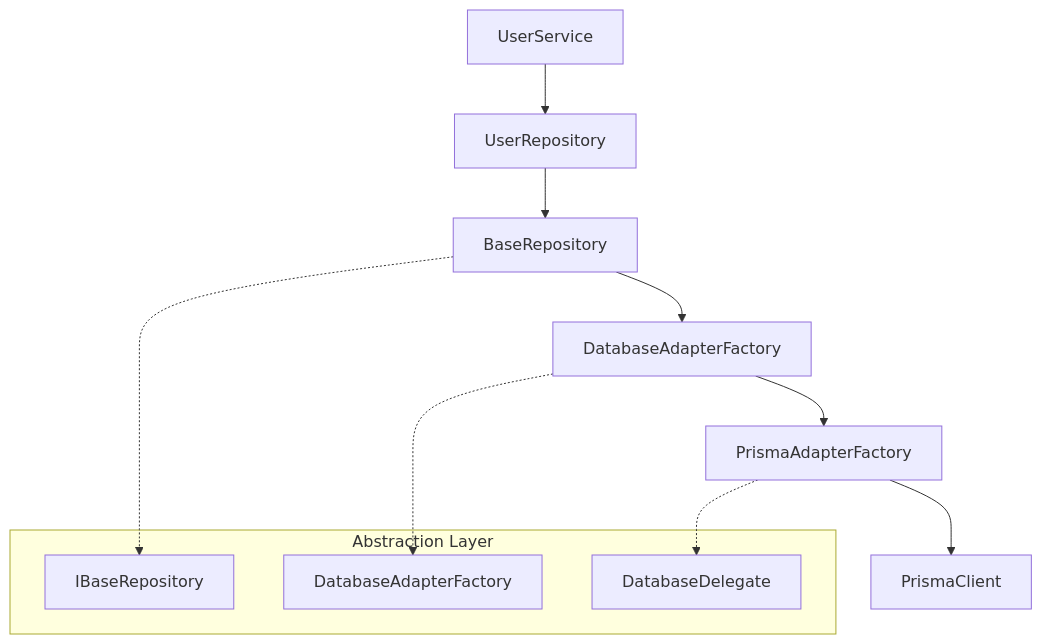
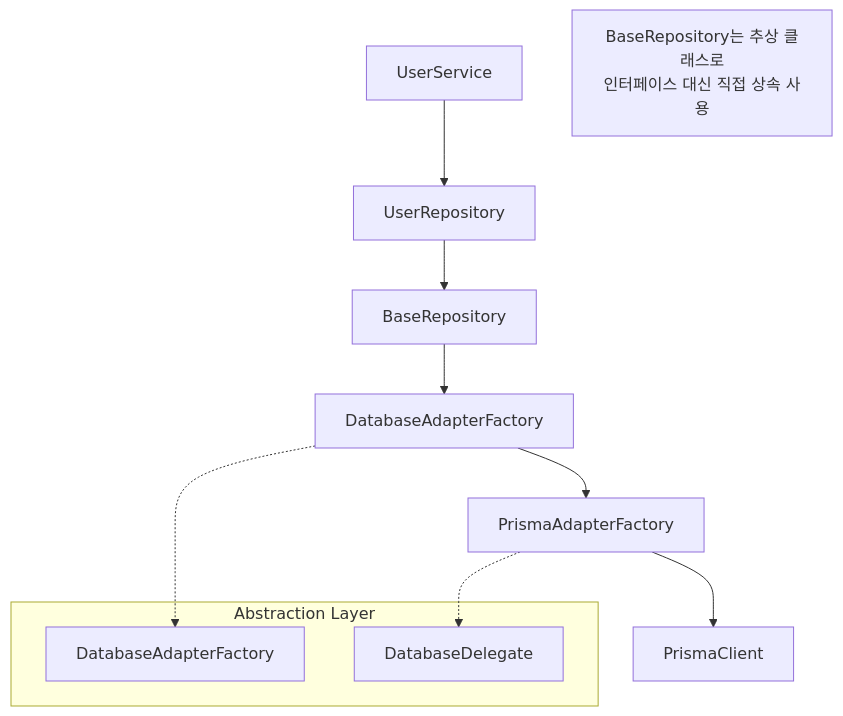
Before and after one commit to felix-y-s/repository-factory-pattern: the diagram in docs/REPOSITORY_PATTERN.md, drawn with Mermaid. The commit also changed other lines of this file and 8 other files, not shown here.

First line of the commit message:
refactor: IBaseRepository 인터페이스 제거로 아키텍처 복잡성 단순화

````diff
--- a/docs/REPOSITORY_PATTERN.md
+++ b/docs/REPOSITORY_PATTERN.md
@@ -31,18 +31,18 @@
 ```mermaid
 graph TB
     Service[UserService] --> Repository[UserRepository]
     Repository --> BaseRepository[BaseRepository]
     BaseRepository --> Factory[DatabaseAdapterFactory]
     Factory --> Adapter[PrismaAdapterFactory]
     Adapter --> Client[PrismaClient]
     
     subgraph "Abstraction Layer"
-        IRepository[IBaseRepository]
         IFactory[DatabaseAdapterFactory]
         IDelegate[DatabaseDelegate]
     end
     
-    BaseRepository -.-> IRepository
     Factory -.-> IFactory
     Adapter -.-> IDelegate
+    
+    note1[BaseRepository는 추상 클래스로<br/>인터페이스 대신 직접 상속 사용]
 ```
````
